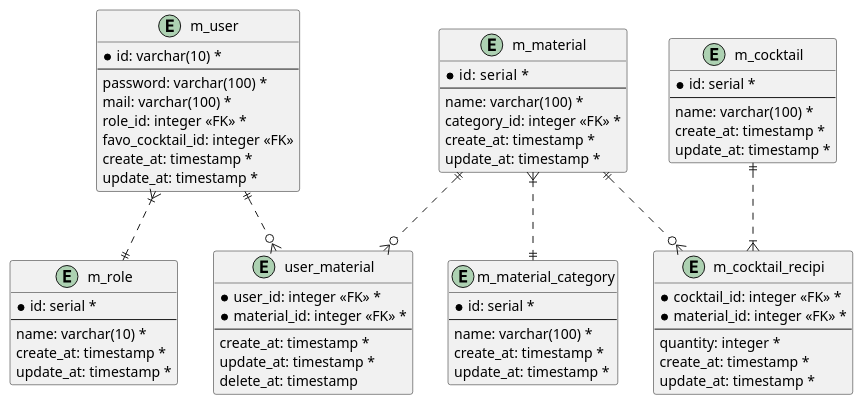
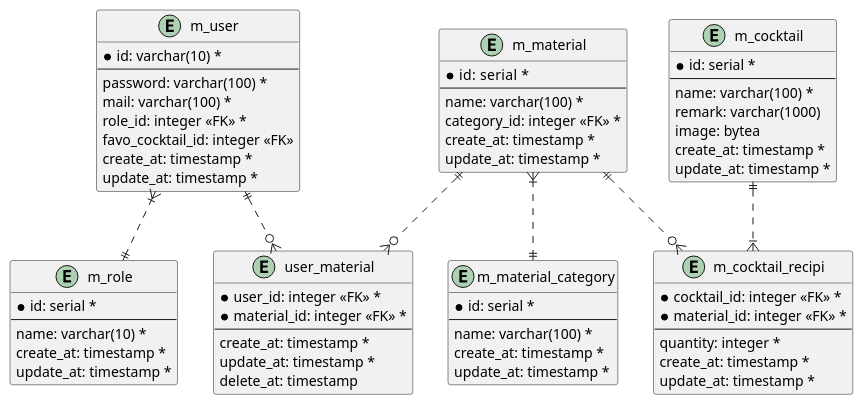
One commit to OkahashiKa/mycocktails changed the diagram in 90.document/10.design/TableDesign.md. Above: the diagram before and after it, drawn with PlantUML. The commit also changed 4 other files, not shown here.

````diff
--- a/90.document/10.design/TableDesign.md
+++ b/90.document/10.design/TableDesign.md
@@ -16,73 +16,75 @@
 ``` plantuml
 @startuml
 entity "m_user" as u {
     *id: varchar(10) *
     --
     password: varchar(100) *
     mail: varchar(100) *
     role_id: integer <<FK>> *
     favo_cocktail_id: integer <<FK>>
     create_at: timestamp *
     update_at: timestamp *
 }
 
 entity "m_role" as r {
     *id: serial *
     --
     name: varchar(10) *
     create_at: timestamp *
     update_at: timestamp *
 }
 
 entity "m_material_category" as mc {
     *id: serial *
     --
     name: varchar(100) *
     create_at: timestamp *
     update_at: timestamp *
 }
 
 entity "m_material" as m {
     *id:  serial *
     --
     name: varchar(100) *
     category_id: integer <<FK>> *
     create_at: timestamp *
     update_at: timestamp *
 }
 
 entity "m_cocktail" as c {
     *id: serial *
     --
     name: varchar(100) *
+    remark: varchar(1000)
+    image: bytea
     create_at: timestamp *
     update_at: timestamp *
 }
 
 entity "m_cocktail_recipi" as cr {
     *cocktail_id: integer <<FK>> *
     *material_id: integer <<FK>> *
     --
     quantity: integer *
     create_at: timestamp *
     update_at: timestamp *
 }
 
 entity "user_material" as um {
     *user_id: integer <<FK>> *
     *material_id: integer <<FK>> *
     --
     create_at: timestamp *
     update_at: timestamp *
     delete_at: timestamp
 }
 
 u }|..|| r
 u ||..o{ um
 m ||..o{ um
 m }|..|| mc
 m ||..o{ cr
 c ||..|{ cr
 
 @enduml
 ```
````
